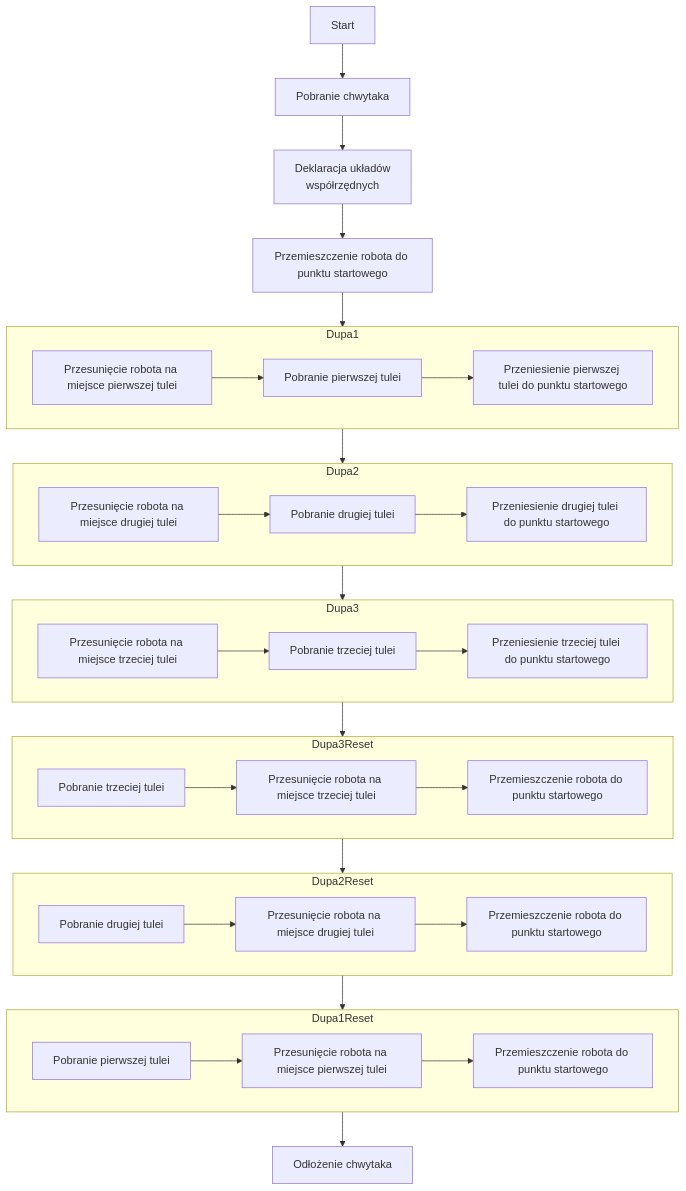
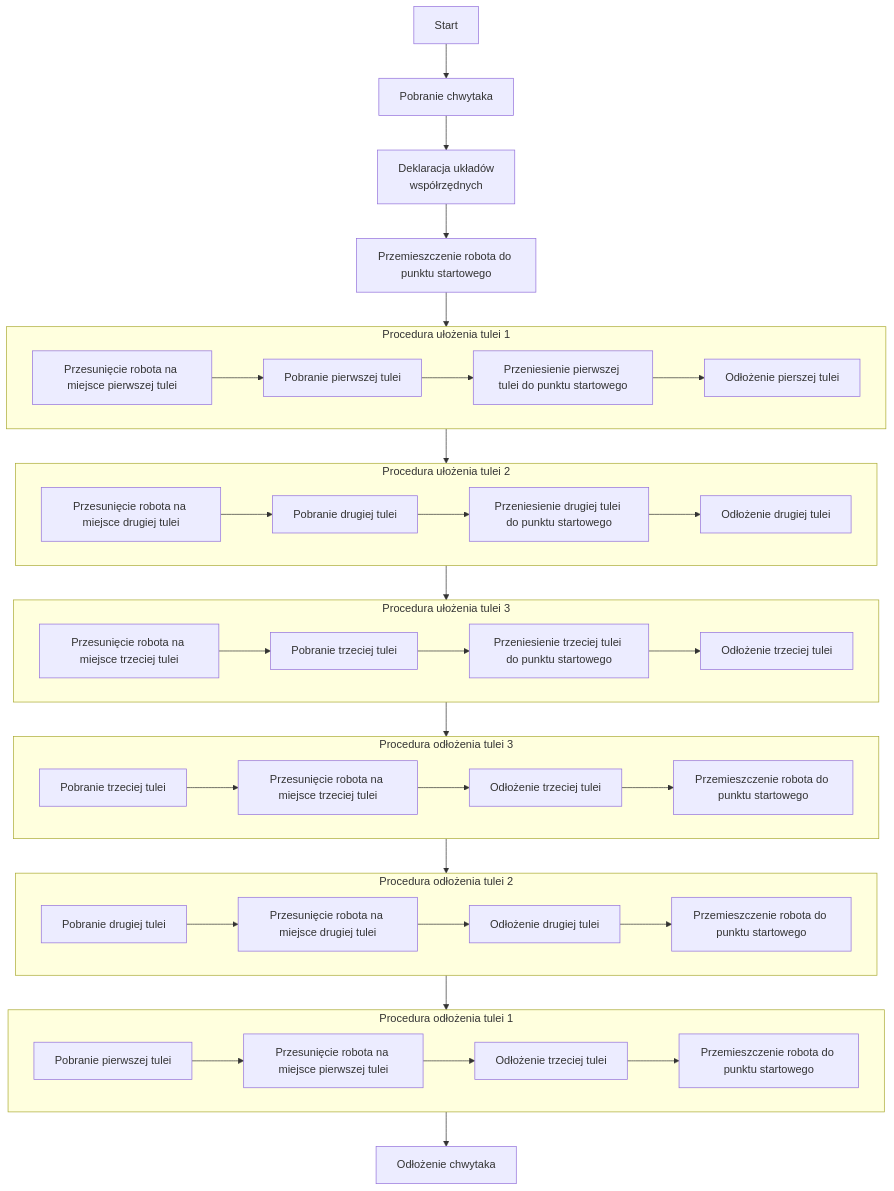
One commit to Henipiter/markdown-test changed the diagram in README.md. Above: the diagram before and after it, drawn with Mermaid.

````diff
--- a/README.md
+++ b/README.md
@@ -1,49 +1,51 @@
 ```mermaid
   flowchart TD;
-  Start-->B[Pobranie chwytaka];
-  B-->C1[Deklaracja układów\nwspółrzędnych];
-  C1-->C[Przemieszczenie robota do punktu startowego]
 
-subgraph tuleja1 [Dupa1]
+subgraph tuleja1 [Procedura ułożenia tulei 1]
   D2[Przesunięcie robota na miejsce pierwszej tulei]-->D3[Pobranie pierwszej tulei]
   D3-->D4[Przeniesienie pierwszej tulei do punktu startowego]
+  D4-->D5[Odłożenie pierszej tulei]
 end
 
-subgraph tuleja2 [Dupa2]
+subgraph tuleja2 [Procedura ułożenia tulei 2]
   E2[Przesunięcie robota na miejsce drugiej tulei]-->E3[Pobranie drugiej tulei]
   E3-->E4[Przeniesienie drugiej tulei do punktu startowego]
+  E4-->E5[Odłożenie drugiej tulei]
 end
-subgraph tuleja3 [Dupa3]
+
+subgraph tuleja3 [Procedura ułożenia tulei 3]
   F2[Przesunięcie robota na miejsce trzeciej tulei] -->F3[Pobranie trzeciej tulei]
   F3-->F4[Przeniesienie trzeciej tulei do punktu startowego]
+  F4-->F5[Odłożenie trzeciej tulei]
 end
 
+subgraph tuleja3reset [Procedura odłożenia tulei 3]
+  G2[Pobranie trzeciej tulei]-->G3[Przesunięcie robota na miejsce trzeciej tulei]
+  G3-->G4[Odłożenie trzeciej tulei]
+  G4-->G5[Przemieszczenie robota do punktu startowego]
+end
 
+subgraph tuleja2reset [Procedura odłożenia tulei 2]
+  H2[Pobranie drugiej tulei]-->H3[Przesunięcie robota na miejsce drugiej tulei]
+  H3-->H4[Odłożenie drugiej tulei]
+  H4-->H5[Przemieszczenie robota do punktu startowego]
+end
+
+subgraph tuleja1reset [Procedura odłożenia tulei 1]
+  I2[Pobranie pierwszej tulei] -->I3[Przesunięcie robota na miejsce pierwszej tulei]
+  I3-->I4[Odłożenie trzeciej tulei]
+  I4-->I5[Przemieszczenie robota do punktu startowego]
+end
+
+Start-->B[Pobranie chwytaka];
+B-->C1[Deklaracja układów\nwspółrzędnych];
+C1-->C[Przemieszczenie robota do punktu startowego]
 C-->tuleja1
 tuleja1 --> tuleja2
 tuleja2 -->tuleja3
 tuleja3 -->tuleja3reset
-
-
-subgraph tuleja3reset [Dupa3Reset]
-  G2[Pobranie trzeciej tulei]-->G3[Przesunięcie robota na miejsce trzeciej tulei]
-  G3-->G4[Przemieszczenie robota do punktu startowego]
-end
-
-subgraph tuleja2reset [Dupa2Reset]
-  H2[Pobranie drugiej tulei]-->H3[Przesunięcie robota na miejsce drugiej tulei]
-  H3-->I1[Przemieszczenie robota do punktu startowego]
-end
-subgraph tuleja1reset [Dupa1Reset]
-  I2[Pobranie pierwszej tulei] -->I3[Przesunięcie robota na miejsce pierwszej tulei]
-  I3-->I4[Przemieszczenie robota do punktu startowego]
-end
-
-
-       
 tuleja3reset -->tuleja2reset
 tuleja2reset -->tuleja1reset
-
-      tuleja1reset-->J[Odłożenie chwytaka]
+tuleja1reset-->J[Odłożenie chwytaka]
   
 ```
````
